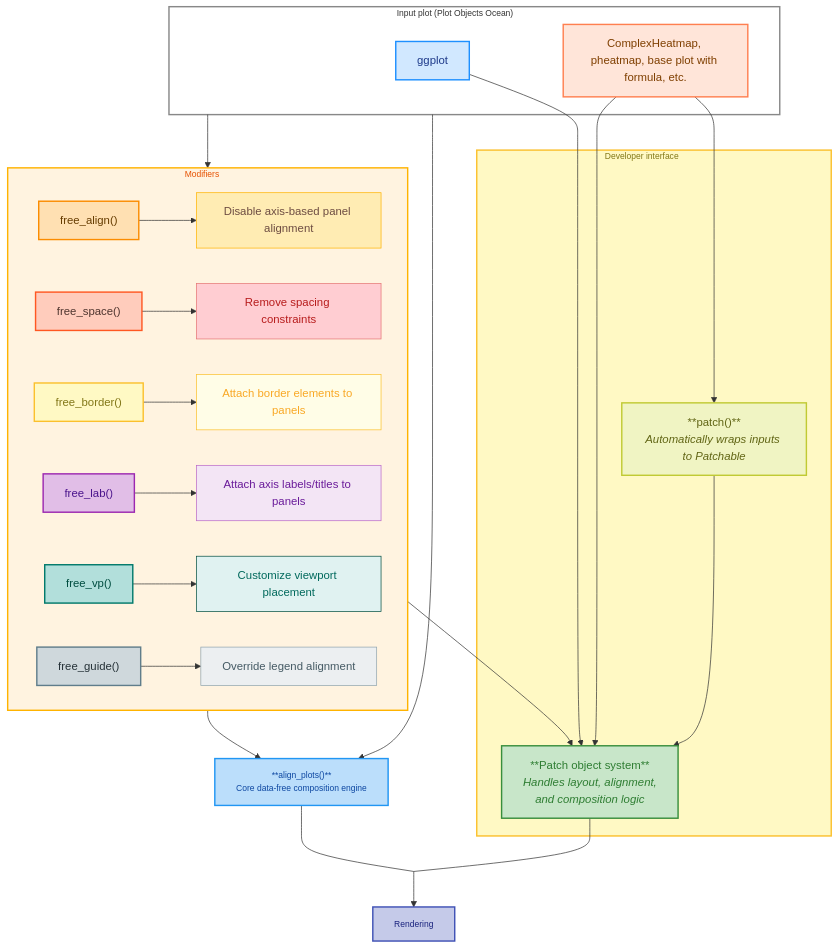
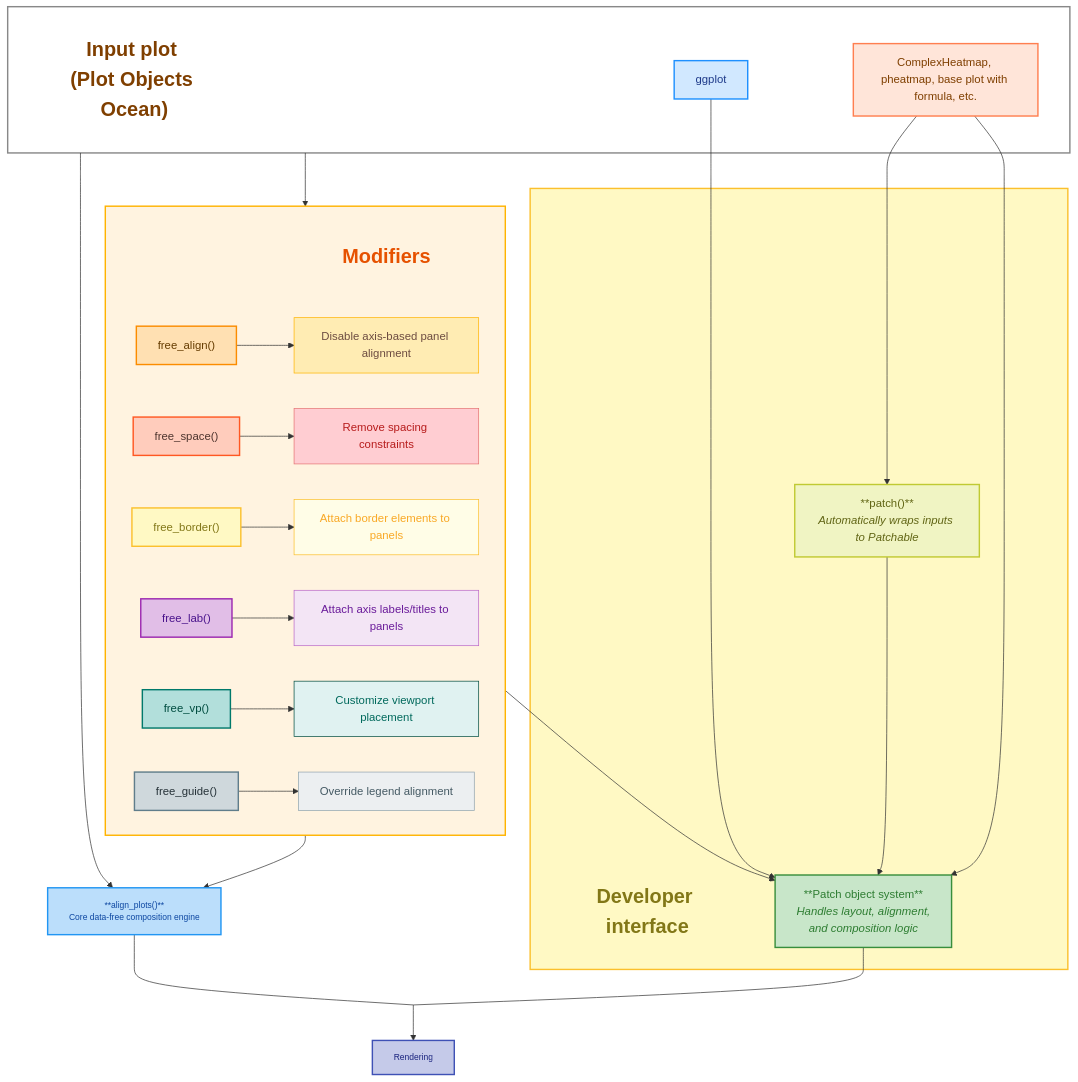
The first of 2 diagrams in introduction.qmd (Yunuuuu/ggalign-book), drawn with Mermaid before and after one commit.

Commit message:
large title

````diff
--- a/introduction.qmd
+++ b/introduction.qmd
@@ -80,14 +80,25 @@
 ```{mermaid}
 flowchart TD
-    subgraph InputObjects["Input plot (Plot Objects Ocean)"]
+    %% Input Objects subgraph with title node
+    subgraph InputObjects[" "]
+        InputTitle["Input plot (Plot Objects Ocean)"]
+        style InputTitle fill:none,stroke:none,color:#7F3F00,font-weight:bold,font-size:28px
         G["ggplot"]
         H["ComplexHeatmap, pheatmap, base plot with formula, etc."]
     end
-    subgraph Internal["Developer interface"]
+
+    %% Developer Interface subgraph with title node
+    subgraph Internal[" "]
+        InternalTitle["Developer interface"]
+        style InternalTitle fill:none,stroke:none,color:#827717,font-weight:bold,font-size:28px
         PatchFn["**patch()**<br><i>Automatically wraps inputs to Patchable</i>"]
         Patch["**Patch object system**<br><i>Handles layout, alignment,<br>and composition logic</i>"]
     end
-    subgraph Modifiers["Modifiers"]
+
+    %% Modifiers subgraph with title node
+    subgraph Modifiers[" "]
+        ModifiersTitle["Modifiers"]
+        style ModifiersTitle fill:none,stroke:none,color:#E65100,font-weight:bold,font-size:28px
         F1["free_align()"]
         F1Desc["Disable axis-based panel alignment"]
         F2["free_space()"]
@@ -101,23 +112,37 @@
         F6["free_guide()"]
         F6Desc["Override legend alignment"]
     end
-    H --> PatchFn & Patch
+
+    %% Core engine and render nodes
+    Align["**align_plots()**<br>Core data-free composition engine<br>"]
+    Render["Rendering"]
+
+    %% Flow connections
+    H --> PatchFn
+    H --> Patch
     G --> Patch
-    InputObjects --> Align["**align_plots()**<br>Core data-free composition engine<br>"] & Modifiers
-    Modifiers --> Align & Patch
+
+    InputObjects --> Align
+    InputObjects --> Modifiers
+    Modifiers --> Align
+    Modifiers --> Patch
     PatchFn --> Patch
+
     F1 --> F1Desc
     F2 --> F2Desc
     F3 --> F3Desc
     F4 --> F4Desc
     F5 --> F5Desc
     F6 --> F6Desc
+
     Patch --- D[" "]
     Align --- D
-    D --> Render["Rendering"]
+    D --> Render
 
-    D:::empty
+    %% Styling
     classDef empty width:0px,height:0px
+    class D empty
+
     style G fill:#D1E8FF,stroke:#1E90FF,stroke-width:2px,color:#1E3A8A
     style H fill:#FFE5D9,stroke:#FF7F50,stroke-width:2px,color:#7F3F00
     style PatchFn fill:#F0F4C3,stroke:#C0CA33,stroke-width:2px,color:#616515
@@ -134,9 +159,11 @@
     style F5Desc fill:#E0F2F1,stroke:#004D40,stroke-width:1px,color:#00695C
     style F6 fill:#CFD8DC,stroke:#607D8B,stroke-width:2px,color:#263238
     style F6Desc fill:#ECEFF1,stroke:#90A4AE,stroke-width:1px,color:#455A64
-    style InputObjects fill:none,stroke:#888888,stroke-width:2px,font-size:12px
+
+    style InputObjects fill:none,stroke:#888888,stroke-width:2px
     style Align fill:#BBDEFB,stroke:#2196F3,stroke-width:2px,color:#0D47A1,font-size:12px
     style Modifiers fill:#FFF3E0,stroke:#FFB300,stroke-width:2px,color:#E65100,font-size:12px
     style Render fill:#C5CAE9,stroke:#3F51B5,stroke-width:2px,color:#1A237E,font-size:12px
     style Internal fill:#FFF9C4,stroke:#FBC02D,stroke-width:2px,color:#827717,font-size:12px
+
 ```
````
